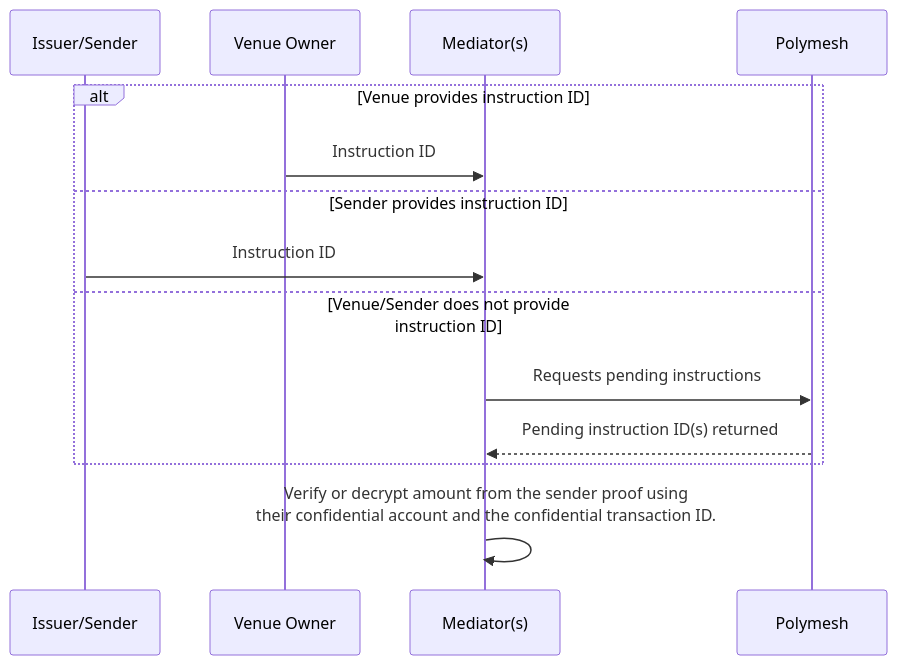
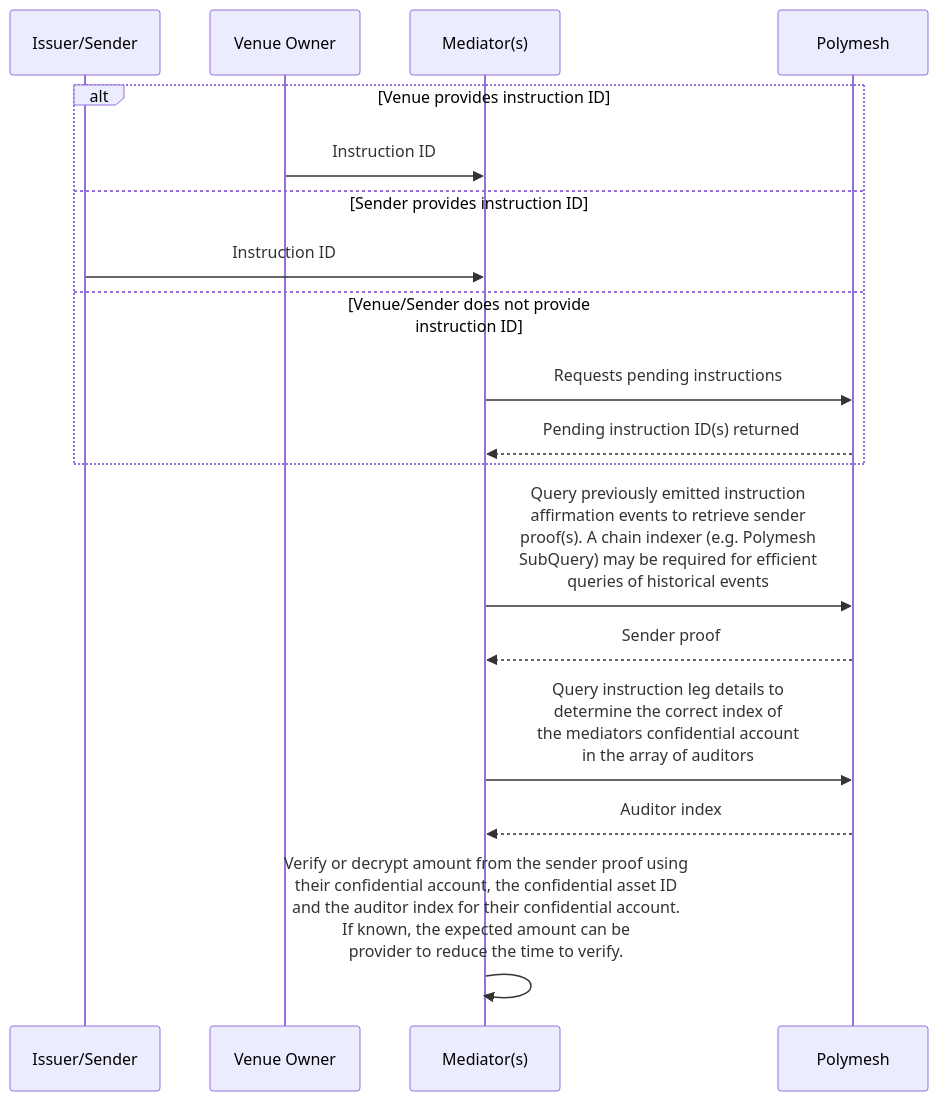
The sixth of 9 diagrams in polymesh-docs/polymesh-private/confidential-assets/diagrams.md (PolymeshAssociation/polymesh-documentation-site), drawn with Mermaid before and after one commit. The commit also changed other lines of this file and 1 other file, not shown here.

````diff
--- a/polymesh-docs/polymesh-private/confidential-assets/diagrams.md
+++ b/polymesh-docs/polymesh-private/confidential-assets/diagrams.md
@@ -172,17 +173,21 @@
 ```mermaid
 sequenceDiagram
 
 participant I as Issuer/Sender
 participant V as Venue Owner
 participant M as Mediator(s)
 participant P as Polymesh
 alt Venue provides instruction ID
   V ->> M: Instruction ID
 else Sender provides instruction ID
   I ->> M: Instruction ID
 else Venue/Sender does not provide instruction ID
   M ->>P: Requests pending instructions
   P -->> M: Pending instruction ID(s) returned
 end
-M ->> M: Verify or decrypt amount from the sender proof using<br>their confidential account and the confidential transaction ID.
+M ->> P: Query previously emitted instruction<br> affirmation events to retrieve sender<br>proof(s). A chain indexer (e.g. Polymesh<br> SubQuery) may be required for efficient<br> queries of historical events
+P -->> M: Sender proof
+M ->> P: Query instruction leg details to<br>determine the correct index of<br>the mediators confidential account<br>in the array of auditors
+P -->> M: Auditor index
+M ->> M: Verify or decrypt amount from the sender proof using<br>their confidential account, the confidential asset ID<br>and the auditor index for their confidential account.<br>If known, the expected amount can be<br>provider to reduce the time to verify.
 ```
````
